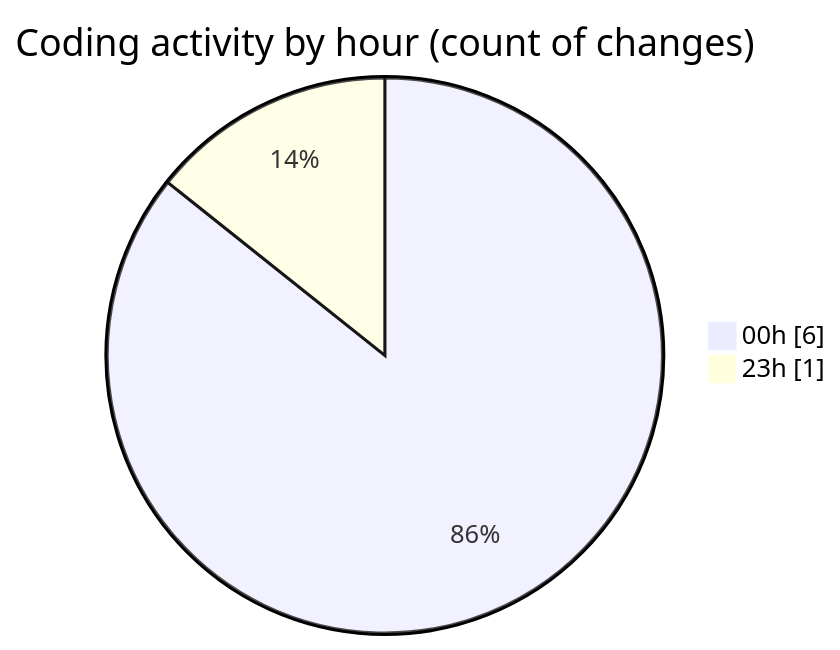
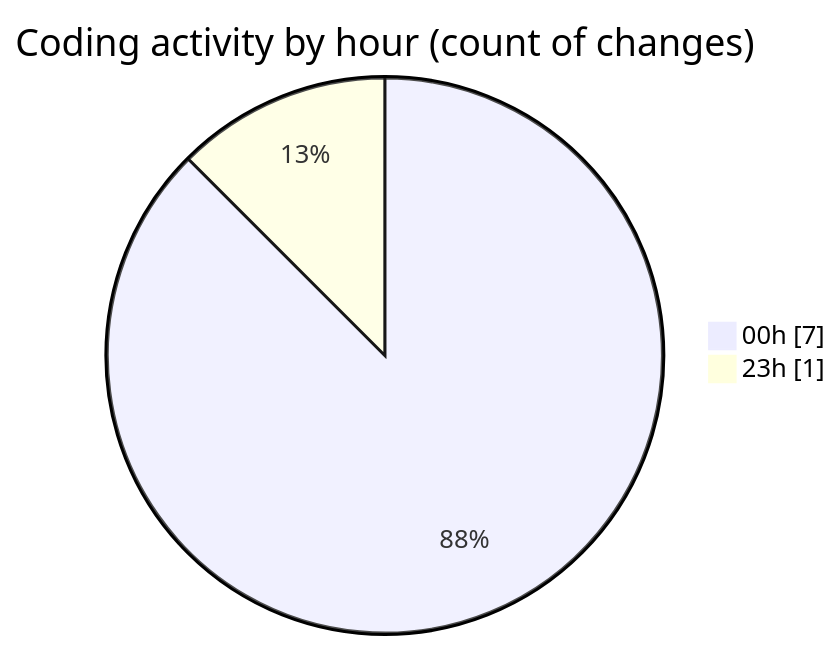
The second of 2 diagrams in 2025-07-11/fish/README.md (EIIisD/code-tracking), drawn with Mermaid before and after one commit. The commit also changed other lines of this file and 1 other file, not shown here.

````diff
--- a/2025-07-11/fish/README.md
+++ b/2025-07-11/fish/README.md
@@ -31,6 +32,6 @@
 ```mermaid
 pie showData
 title Coding activity by hour (count of changes)
-"00h" : 6
+"00h" : 7
 "23h" : 1
 ```
````
